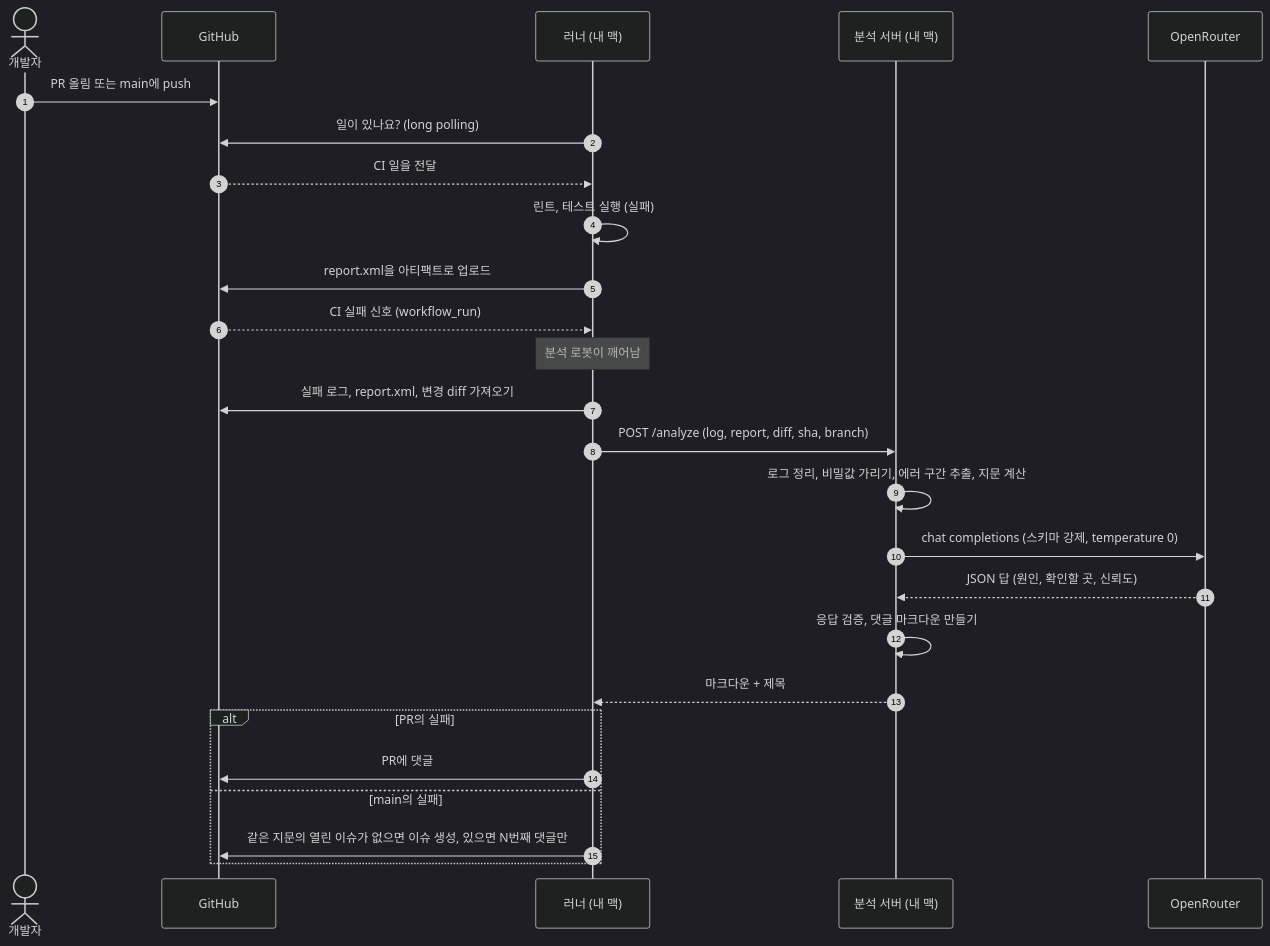
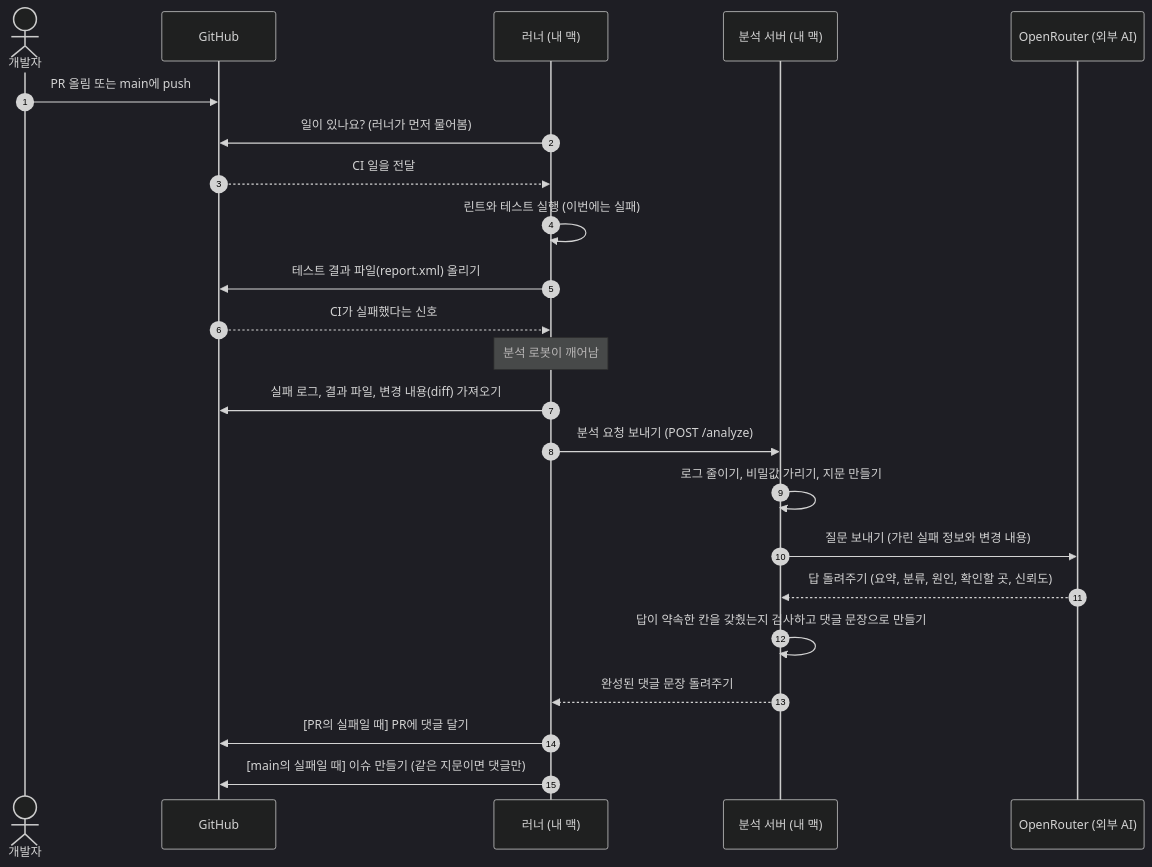
The first of 2 diagrams in docs/architecture.md (7inug1/ci-failure-analyzer), drawn with Mermaid (dark theme) before and after one commit. The commit also changed other lines of this file and 1 other file, not shown here.

````diff
--- a/docs/architecture.md
+++ b/docs/architecture.md
@@ -17,29 +28,26 @@
 ```mermaid
 sequenceDiagram
     autonumber
     actor Dev as 개발자
     participant GH as GitHub
     participant R as 러너 (내 맥)
     participant S as 분석 서버 (내 맥)
-    participant AI as OpenRouter
+    participant AI as OpenRouter (외부 AI)
 
     Dev->>GH: PR 올림 또는 main에 push
-    R->>GH: 일이 있나요? (long polling)
+    R->>GH: 일이 있나요? (러너가 먼저 물어봄)
     GH-->>R: CI 일을 전달
-    R->>R: 린트, 테스트 실행 (실패)
-    R->>GH: report.xml을 아티팩트로 업로드
-    GH-->>R: CI 실패 신호 (workflow_run)
+    R->>R: 린트와 테스트 실행 (이번에는 실패)
+    R->>GH: 테스트 결과 파일(report.xml) 올리기
+    GH-->>R: CI가 실패했다는 신호
     Note over R: 분석 로봇이 깨어남
-    R->>GH: 실패 로그, report.xml, 변경 diff 가져오기
-    R->>S: POST /analyze (log, report, diff, sha, branch)
-    S->>S: 로그 정리, 비밀값 가리기, 에러 구간 추출, 지문 계산
-    S->>AI: chat completions (스키마 강제, temperature 0)
-    AI-->>S: JSON 답 (원인, 확인할 곳, 신뢰도)
-    S->>S: 응답 검증, 댓글 마크다운 만들기
-    S-->>R: 마크다운 + 제목
-    alt PR의 실패
-        R->>GH: PR에 댓글
-    else main의 실패
-        R->>GH: 같은 지문의 열린 이슈가 없으면 이슈 생성, 있으면 N번째 댓글만
-    end
+    R->>GH: 실패 로그, 결과 파일, 변경 내용(diff) 가져오기
+    R->>S: 분석 요청 보내기 (POST /analyze)
+    S->>S: 로그 줄이기, 비밀값 가리기, 지문 만들기
+    S->>AI: 질문 보내기 (가린 실패 정보와 변경 내용)
+    AI-->>S: 답 돌려주기 (요약, 분류, 원인, 확인할 곳, 신뢰도)
+    S->>S: 답이 약속한 칸을 갖췄는지 검사하고 댓글 문장으로 만들기
+    S-->>R: 완성된 댓글 문장 돌려주기
+    R->>GH: [PR의 실패일 때] PR에 댓글 달기
+    R->>GH: [main의 실패일 때] 이슈 만들기 (같은 지문이면 댓글만)
 ```
````
